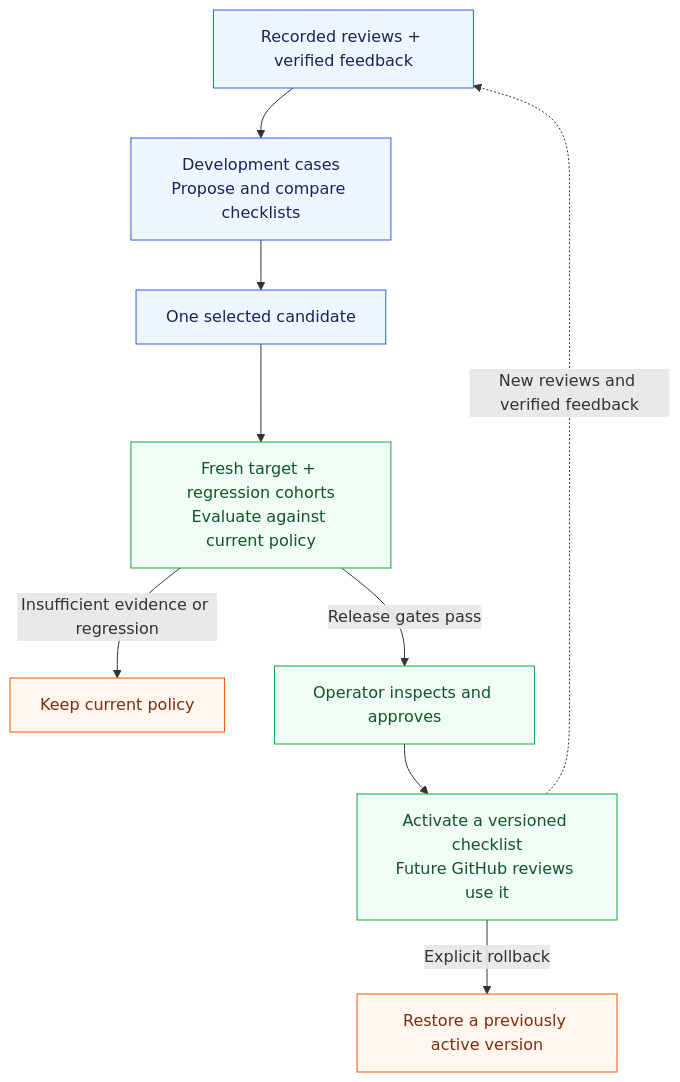
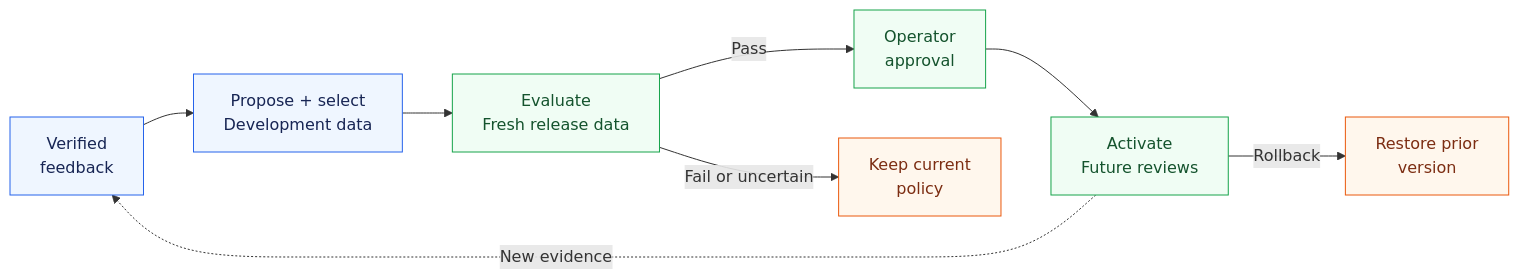
One commit to YangZhongqiHealth/harness4 changed the second of 2 diagrams in README.md. Above: the diagram before and after it, drawn with Mermaid.

Commit message:
Keep the learning diagram compact in GitHub rendering

````diff
--- a/README.md
+++ b/README.md
@@ -149,17 +149,16 @@
 ```mermaid
-flowchart TD
-    Evidence["Recorded reviews + verified feedback"] --> Dev["Development cases<br/>Propose and compare checklists"]
-    Dev --> Candidate["One selected candidate"]
-    Candidate --> Eval["Fresh target + regression cohorts<br/>Evaluate against current policy"]
-    Eval -->|Insufficient evidence or regression| Stop["Keep current policy"]
-    Eval -->|Release gates pass| Approve["Operator inspects and approves"]
-    Approve --> Active["Activate a versioned checklist<br/>Future GitHub reviews use it"]
-    Active -->|Explicit rollback| Previous["Restore a previously active version"]
-    Active -.->|New reviews and verified feedback| Evidence
+flowchart LR
+    Evidence["Verified<br/>feedback"] --> Dev["Propose + select<br/>Development data"]
+    Dev --> Eval["Evaluate<br/>Fresh release data"]
+    Eval -->|Pass| Approve["Operator<br/>approval"]
+    Eval -->|Fail or uncertain| Stop["Keep current<br/>policy"]
+    Approve --> Active["Activate<br/>Future reviews"]
+    Active -->|Rollback| Previous["Restore prior<br/>version"]
+    Active -.->|New evidence| Evidence
     classDef data fill:#eff6ff,stroke:#2563eb,color:#172554
     classDef gate fill:#f0fdf4,stroke:#16a34a,color:#14532d
     classDef hold fill:#fff7ed,stroke:#ea580c,color:#7c2d12
-    class Evidence,Dev,Candidate data
+    class Evidence,Dev data
     class Eval,Approve,Active gate
     class Stop,Previous hold
 ```
````
